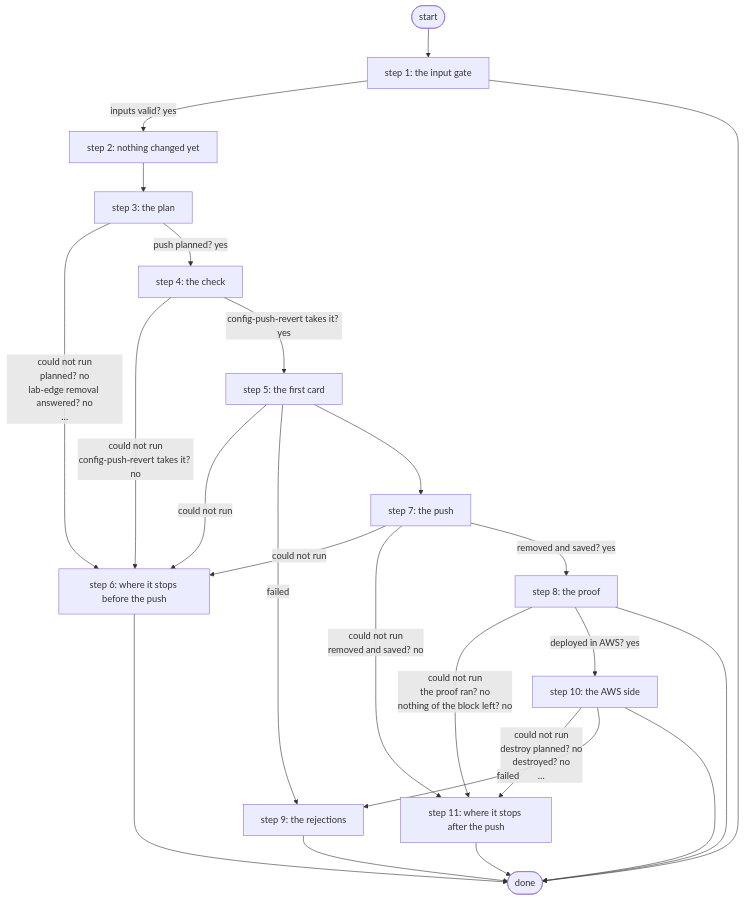
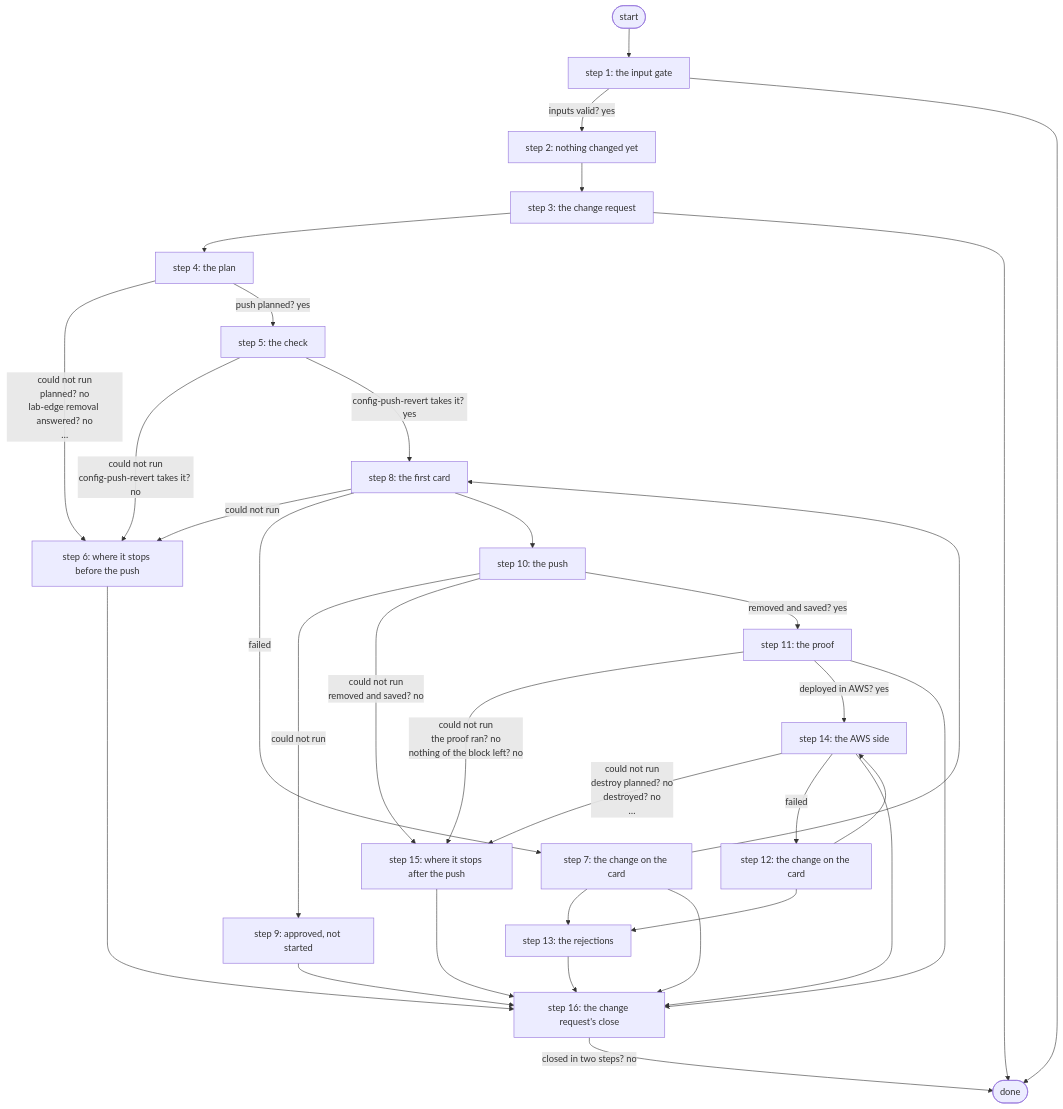
Before and after one commit to E-Conners-Lab/itential-enterprise-lab: the diagram in docs/workflows/tear-down-aws-vpn.md, drawn with Mermaid. The commit also changed other lines of this file and 20 other files, not shown here.

````diff
--- a/docs/workflows/tear-down-aws-vpn.md
+++ b/docs/workflows/tear-down-aws-vpn.md
@@ -54,39 +56,53 @@
 ```mermaid
 flowchart TD
   S([start])
   E([done])
   s1["step 1: the input gate"]
   s2["step 2: nothing changed yet"]
-  s3["step 3: the plan"]
-  s4["step 4: the check"]
-  s5["step 5: the first card"]
+  s3["step 3: the change request"]
+  s4["step 4: the plan"]
+  s5["step 5: the check"]
   s6["step 6: where it stops before the push"]
-  s7["step 7: the push"]
-  s8["step 8: the proof"]
-  s9["step 9: the rejections"]
-  s10["step 10: the AWS side"]
-  s11["step 11: where it stops after the push"]
+  s7["step 7: the change on the card"]
+  s8["step 8: the first card"]
+  s9["step 9: approved, not started"]
+  s10["step 10: the push"]
+  s11["step 11: the proof"]
+  s12["step 12: the change on the card"]
+  s13["step 13: the rejections"]
+  s14["step 14: the AWS side"]
+  s15["step 15: where it stops after the push"]
+  s16["step 16: the change request's close"]
   S --> s1
   s2 --> s3
-  s3 -- "could not run<br/>planned? no<br/>lab-edge removal answered? no<br/>…" --> s6
-  s3 -- "push planned? yes" --> s4
-  s4 -- "could not run<br/>config-push-revert takes it? no" --> s6
-  s4 -- "config-push-revert takes it? yes" --> s5
-  s5 -- "could not run" --> s6
-  s5 -- "failed" --> s9
-  s5 --> s7
-  s7 -- "could not run" --> s6
-  s7 -- "could not run<br/>removed and saved? no" --> s11
-  s7 -- "removed and saved? yes" --> s8
-  s8 -- "could not run<br/>the proof ran? no<br/>nothing of the block left? no" --> s11
-  s8 -- "deployed in AWS? yes" --> s10
-  s8 --> E
-  s10 -- "could not run<br/>destroy planned? no<br/>destroyed? no<br/>…" --> s11
-  s10 -- "failed" --> s9
-  s10 --> E
-  s9 --> E
-  s6 --> E
-  s11 --> E
+  s4 -- "could not run<br/>planned? no<br/>lab-edge removal answered? no<br/>…" --> s6
+  s4 -- "push planned? yes" --> s5
+  s5 -- "could not run<br/>config-push-revert takes it? no" --> s6
+  s5 -- "config-push-revert takes it? yes" --> s8
+  s8 -- "could not run" --> s6
+  s8 -- "failed" --> s7
+  s8 --> s10
+  s10 -- "could not run" --> s9
+  s10 -- "could not run<br/>removed and saved? no" --> s15
+  s10 -- "removed and saved? yes" --> s11
+  s11 -- "could not run<br/>the proof ran? no<br/>nothing of the block left? no" --> s15
+  s11 -- "deployed in AWS? yes" --> s14
+  s11 --> s16
+  s14 -- "could not run<br/>destroy planned? no<br/>destroyed? no<br/>…" --> s15
+  s14 -- "failed" --> s12
+  s14 --> s16
+  s13 --> s16
+  s6 --> s16
+  s15 --> s16
+  s9 --> s16
+  s3 --> s4
+  s3 --> E
+  s7 --> s8
+  s7 --> s13
+  s7 --> s16
+  s12 --> s14
+  s12 --> s13
+  s16 -- "closed in two steps? no" --> E
   s1 -- "inputs valid? yes" --> s2
   s1 --> E
 ```
````
